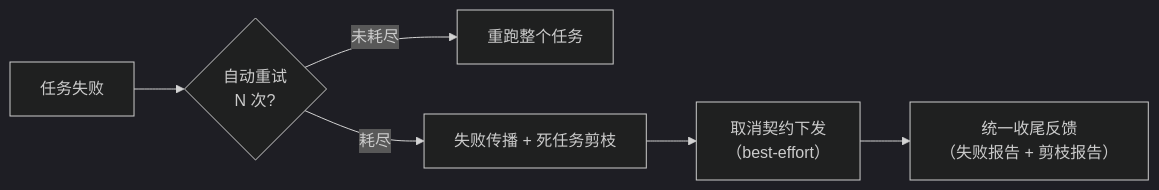
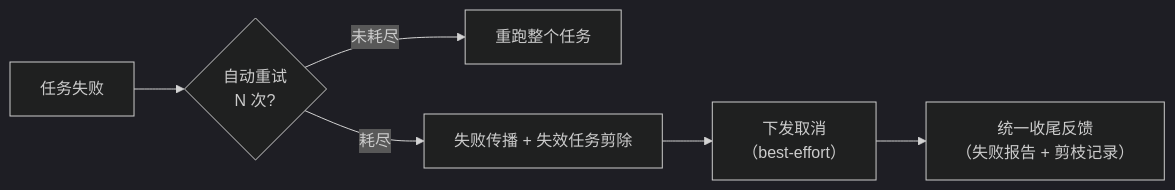
Before and after one commit to hankwangcn/agents-orchestration: the second of 2 diagrams in docs/architecture.md, drawn with Mermaid (dark theme). The commit also changed other lines of this file and 3 other files, not shown here.

````diff
--- a/docs/architecture.md
+++ b/docs/architecture.md
@@ -204,8 +237,8 @@
 ```mermaid
 flowchart LR
     F["任务失败"] --> R{"自动重试<br/>N 次?"}
     R -->|未耗尽| RET["重跑整个任务"]
-    R -->|耗尽| P["失败传播 + 死任务剪枝"]
-    P --> C["取消契约下发<br/>（best-effort）"]
-    C --> U["统一收尾反馈<br/>（失败报告 + 剪枝报告）"]
+    R -->|耗尽| P["失败传播 + 失效任务剪除"]
+    P --> C["下发取消<br/>（best-effort）"]
+    C --> U["统一收尾反馈<br/>（失败报告 + 剪枝记录）"]
 ```
````
